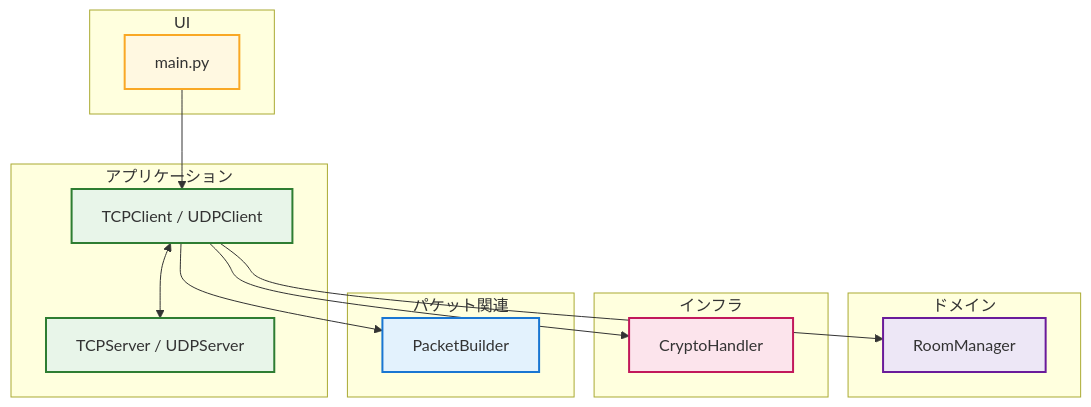
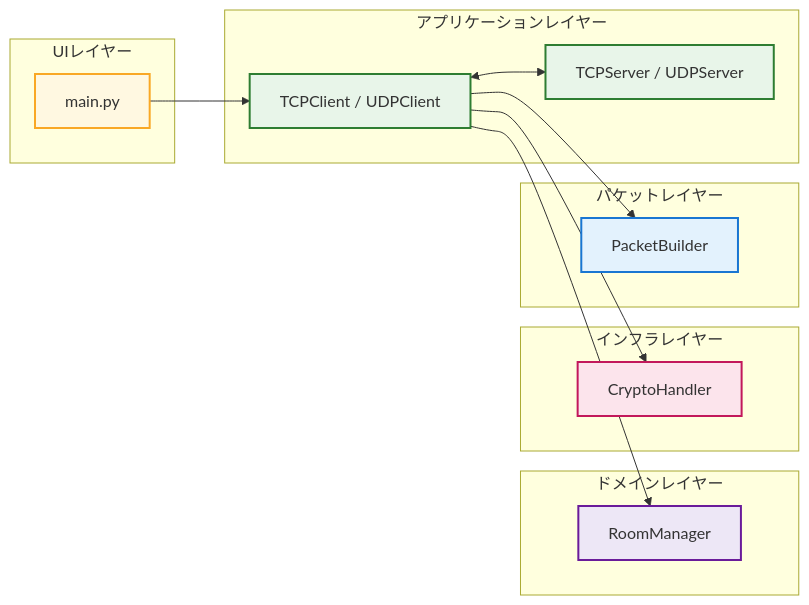
The first of 6 diagrams in README.md (BackendExplorer/Online-Chat-Service), drawn with Mermaid before and after one commit.

````diff
--- a/README.md
+++ b/README.md
@@ -1,49 +1,55 @@
 ```mermaid
-graph TD
+graph LR
 
 %% スタイル定義
 classDef ui fill:#fff8e1,stroke:#f9a825,stroke-width:2px
 classDef application fill:#e8f5e9,stroke:#2e7d32,stroke-width:2px
 classDef domain fill:#ede7f6,stroke:#6a1b9a,stroke-width:2px
 classDef infra fill:#fce4ec,stroke:#c2185b,stroke-width:2px
 classDef packet fill:#e3f2fd,stroke:#1976d2,stroke-width:2px
 
-%% UI層
-subgraph UIレイヤー\[UI]
-    UI["main.py"]
-    class UI ui
+%% ノード定義
+UI["main.py"]
+App["TCPClient / UDPClient"]
+Server["TCPServer / UDPServer"]
+Domain["RoomManager"]
+Infra["CryptoHandler"]
+Packet["PacketBuilder"]
+
+%% レイヤーごとのグループ
+subgraph UIレイヤー
+  UI
 end
 
-%% アプリケーション層（クライアント・サーバー両方）
-subgraph アプリケーションレイヤー\[アプリケーション]
-    App["TCPClient / UDPClient"]
-    Server["TCPServer / UDPServer"]
-    class App,Server application
+subgraph アプリケーションレイヤー
+  App
+  Server
 end
 
-%% ドメイン層
-subgraph ドメインレイヤー\[ドメイン]
-    Domain["RoomManager"]
-    class Domain domain
+subgraph ドメインレイヤー
+  Domain
 end
 
-%% インフラ層
-subgraph インフラレイヤー\[インフラ]
-    Infra["CryptoHandler"]
-    class Infra infra
+subgraph インフラレイヤー
+  Infra
 end
 
-%% パケット処理
-subgraph パケット処理\[パケット関連]
-    Packet["PacketBuilder"]
-    class Packet packet
+subgraph パケットレイヤー
+  Packet
 end
 
-%% 接続関係
+%% スタイル割当
+class UI ui
+class App,Server application
+class Domain domain
+class Infra infra
+class Packet packet
+
+%% 接続関係（矢印はなるべく水平に）
 UI --> App
 App --> Domain
 App --> Infra
 App --> Packet
 App <--> Server
 
 ```
````
